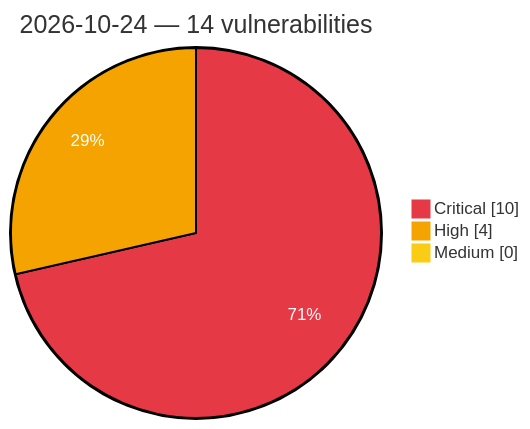
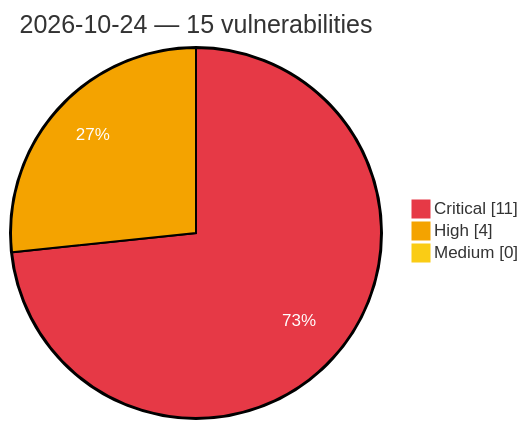
One commit to GhostX0X/vuln-tracker changed the diagram in vulnerabilities/2026/October/2026-10-24.md. Above: the diagram before and after it, drawn with Mermaid. The commit also changed other lines of this file and 5 other files, not shown here.

````diff
--- a/vulnerabilities/2026/October/2026-10-24.md
+++ b/vulnerabilities/2026/October/2026-10-24.md
@@ -3,8 +3,8 @@
 ```mermaid
 %%{init: {'theme':'base', 'themeVariables': {'pie1':'#e63946', 'pie2':'#f4a300', 'pie3':'#facc15', 'pieOpacity':'1', 'pieOuterStrokeWidth':'2px', 'pieSectionTextColor':'#ffffff'}}}%%
 pie showData
-    title 2026-10-24 — 14 vulnerabilities
-    "Critical" : 10
+    title 2026-10-24 — 15 vulnerabilities
+    "Critical" : 11
     "High" : 4
     "Medium" : 0
 ```
````
